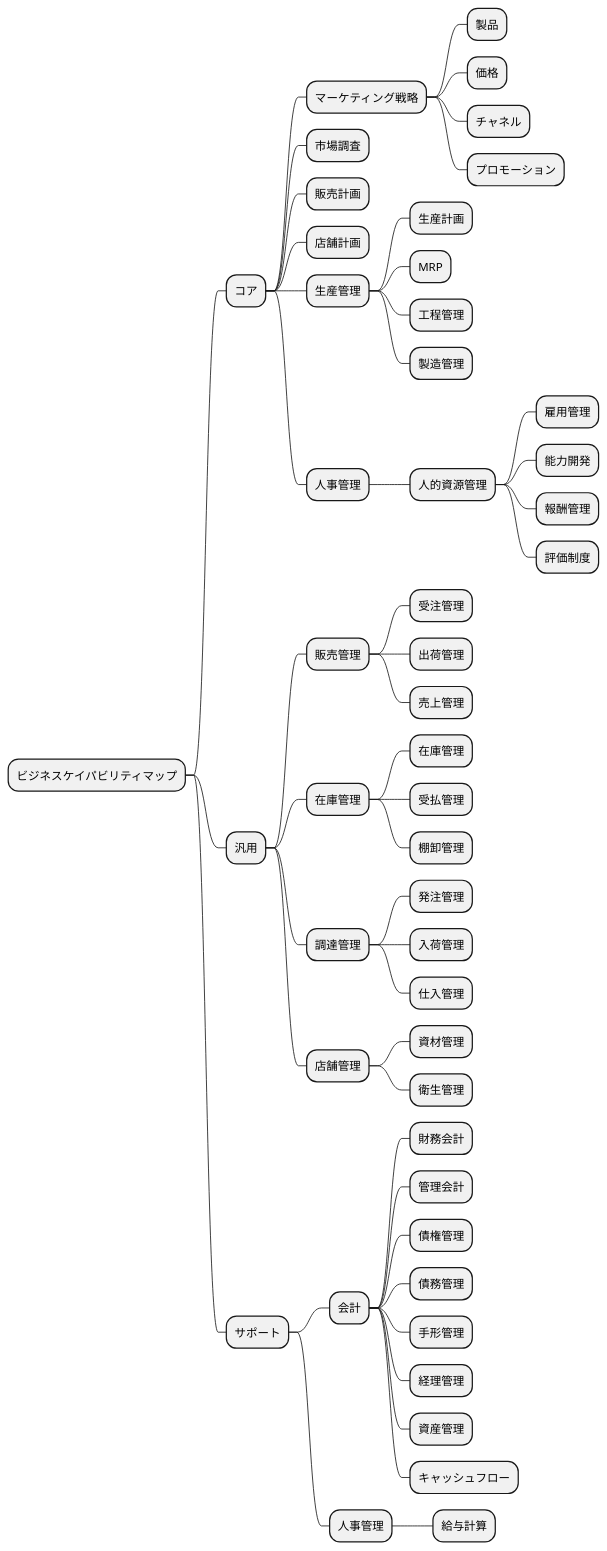
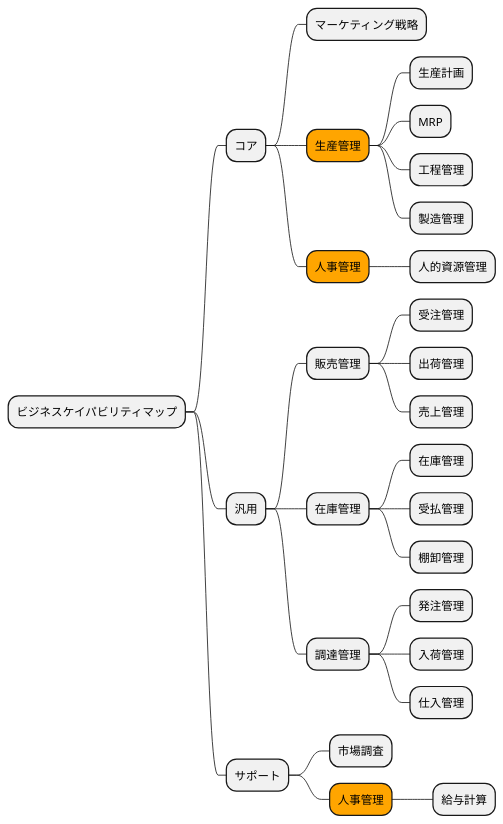
Before and after one commit to k2works/case-study-business-analysis: diagram 13 of 19 in docs/case/r02_case_3.adoc, drawn with PlantUML. The commit also changed other lines of this file, not shown here.

```diff
--- a/docs/case/r02_case_3.adoc
+++ b/docs/case/r02_case_3.adoc
@@ -864,56 +864,34 @@
 [plantuml]
 ----
 @startmindmap
 
 * ビジネスケイパビリティマップ
 ** コア
 *** マーケティング戦略
-**** 製品
-**** 価格
-**** チャネル
-**** プロモーション
-*** 市場調査
-*** 販売計画
-*** 店舗計画
-*** 生産管理
+***[#orange] 生産管理
 **** 生産計画
 **** MRP
 **** 工程管理
 **** 製造管理
-*** 人事管理
+***[#orange] 人事管理
 **** 人的資源管理
-***** 雇用管理
-***** 能力開発
-***** 報酬管理
-***** 評価制度
 ** 汎用
 *** 販売管理
 **** 受注管理
 **** 出荷管理
 **** 売上管理
 *** 在庫管理
 **** 在庫管理
 **** 受払管理
 **** 棚卸管理
 *** 調達管理
 **** 発注管理
 **** 入荷管理
 **** 仕入管理
-*** 店舗管理
-**** 資材管理
-**** 衛生管理
 ** サポート
-*** 会計
-**** 財務会計
-**** 管理会計
-**** 債権管理
-**** 債務管理
-**** 手形管理
-**** 経理管理
-**** 資産管理
-**** キャッシュフロー
-*** 人事管理
+*** 市場調査
+***[#orange] 人事管理
 **** 給与計算
 
 @endmindmap
 ----
```
